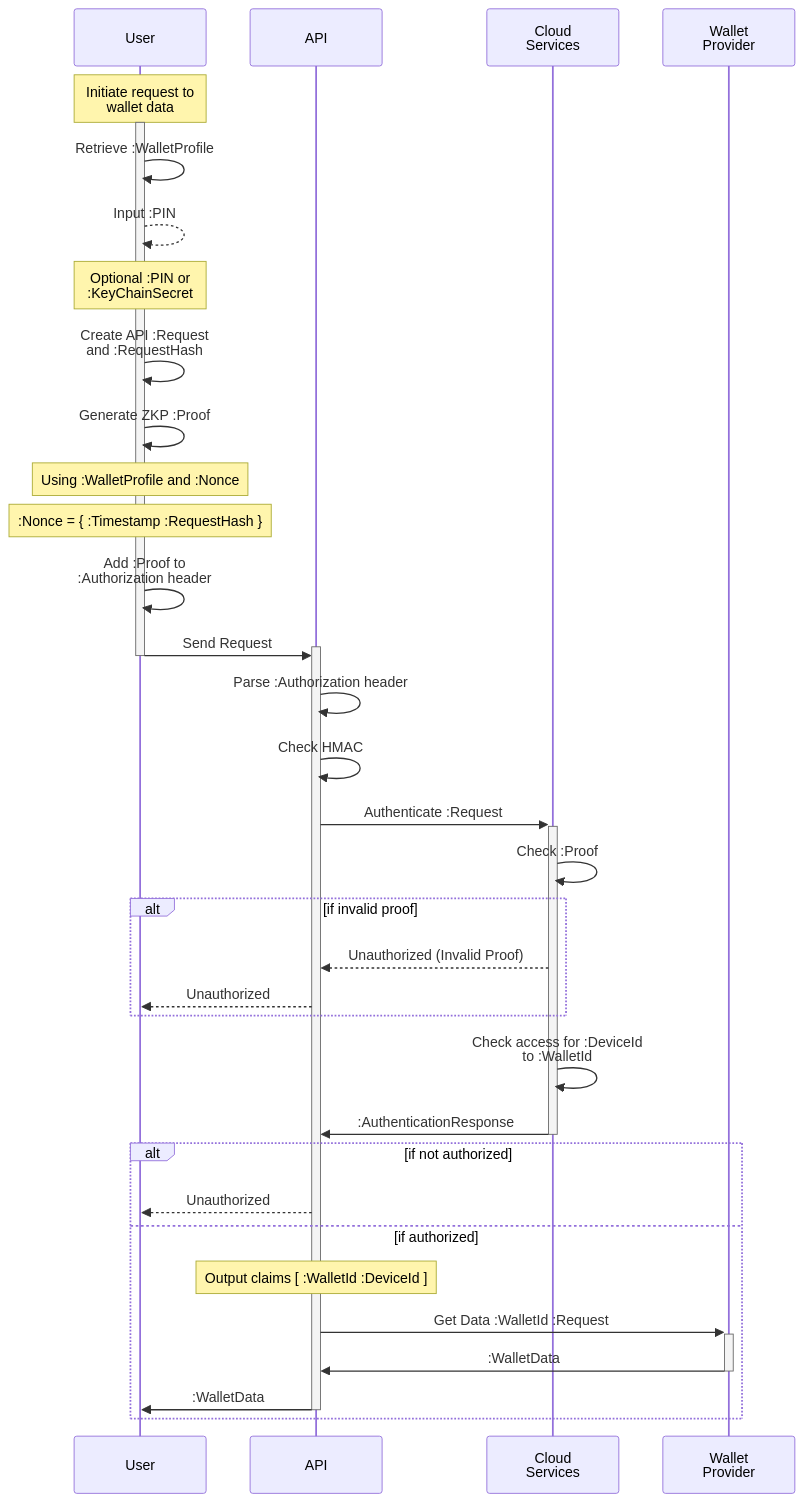
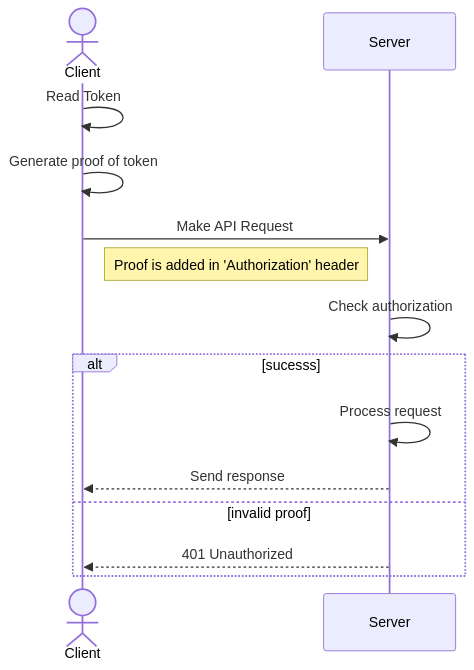
Before and after one commit to trinsic-id/v2-sdk: the second of 2 diagrams in docs/learn/security.md, drawn with Mermaid. The commit also changed other lines of this file and 8 other files, not shown here.

````diff
--- a/docs/learn/security.md
+++ b/docs/learn/security.md
@@ -84,43 +48,19 @@
 ```mermaid
+sequenceDiagram
+    actor U as Client
+    participant A as Server
 
-sequenceDiagram
+    U->>U: Read Token
+    U->>U: Generate proof of token
+    U->>A: Make API Request
+    note right of U: Proof is added in 'Authorization' header
 
-    participant U as User
-    participant A as API
-    participant S as Cloud<br/>Services
-    participant W as Wallet<br/>Provider
+    A->>A: Check authorization
 
-    note over U: Initiate request to<br/>wallet data
-    activate U
-    U->>U: Retrieve :WalletProfile
-    U-->>U: Input :PIN
-    note over U: Optional :PIN or<br/>:KeyChainSecret
-    U->>U: Create API :Request<br/>and :RequestHash
-    U->>U: Generate ZKP :Proof
-    note over U: Using :WalletProfile and :Nonce
-    note over U: :Nonce = { :Timestamp :RequestHash }
-    U->>U: Add :Proof to<br/>:Authorization header
-    U->>+A: Send Request
-    deactivate U
-
-    A->>A: Parse :Authorization header
-    A->>A: Check HMAC
-
-    A->>+S: Authenticate :Request
-    S->>S: Check :Proof
-    alt if invalid proof
-        S-->>A: Unauthorized (Invalid Proof)
-        A-->>U: Unauthorized
-    end
-    S->>S: Check access for :DeviceId<br/>to :WalletId
-    S->>-A: :AuthenticationResponse
-
-    alt if not authorized
-        A-->>U: Unauthorized
-    else if authorized
-        note over A: Output claims [ :WalletId :DeviceId ]
-        A->>+W: Get Data :WalletId :Request
-        W->>-A: :WalletData
-        A->>-U: :WalletData
+    alt sucesss
+        A->>A: Process request
+        A-->>U: Send response
+    else invalid proof
+        A-->>U: 401 Unauthorized
     end
 ```
````
